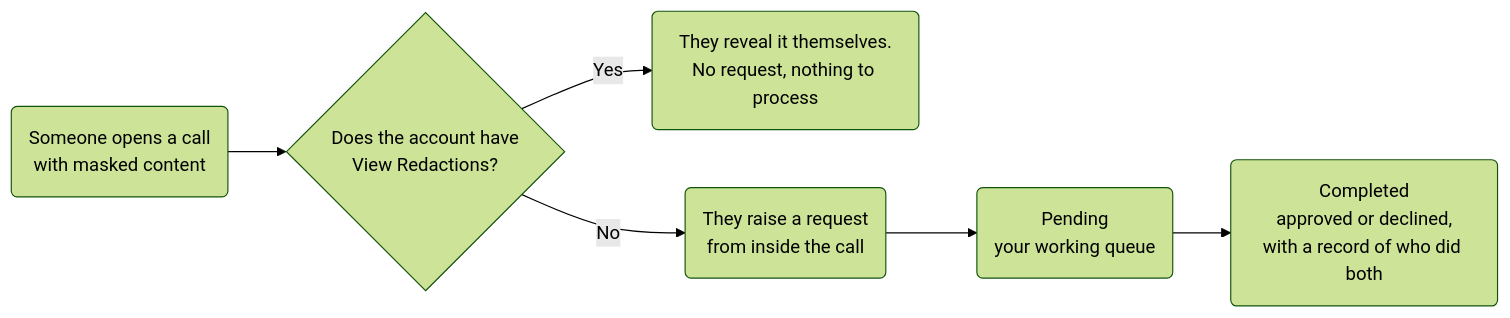
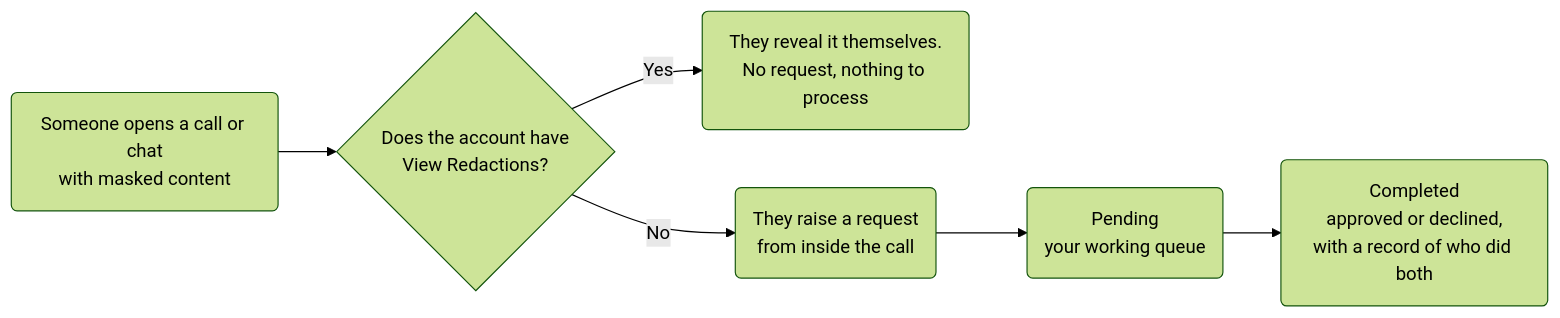
One commit to Botlhale-AI/docs-vela changed the diagram in docs/settings-config/access-requests-audits.md. Above: the diagram before and after it, drawn with Mermaid (forest theme). The commit also changed other lines of this file and 21 other files, not shown here.

````diff
--- a/docs/settings-config/access-requests-audits.md
+++ b/docs/settings-config/access-requests-audits.md
@@ -24,8 +24,8 @@
 ```mermaid
 flowchart LR
-    M("Someone opens a call<br/>with masked content") --> P{"Does the account have<br/>View Redactions?"}
+    M("Someone opens a call or chat<br/>with masked content") --> P{"Does the account have<br/>View Redactions?"}
     P -- Yes --> R("They reveal it themselves.<br/>No request, nothing to process")
     P -- No --> Q("They raise a request<br/>from inside the call")
     Q --> PE("Pending<br/>your working queue")
     PE --> CO("Completed<br/>approved or declined,<br/>with a record of who did both")
 ```
````
